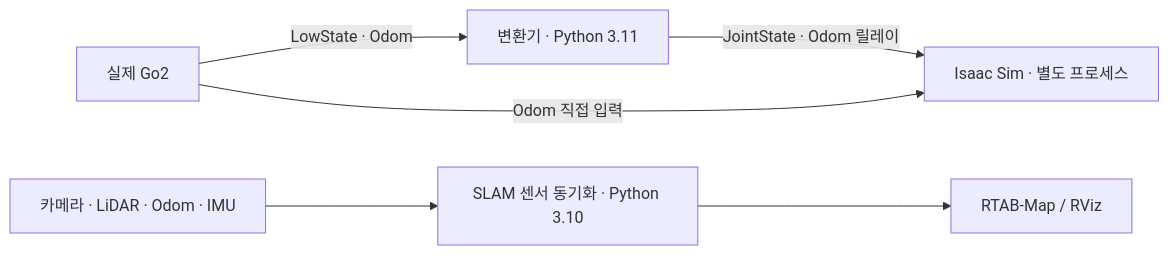
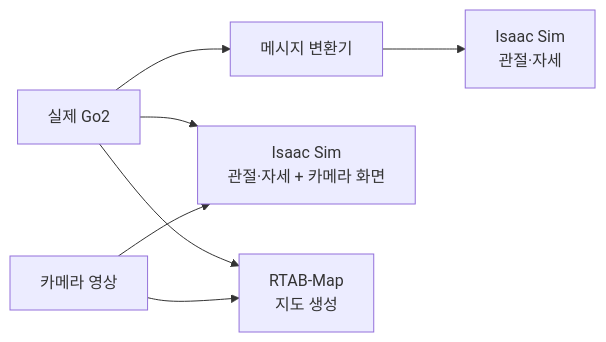
One commit to semin-Gwon/isaac_ws changed the diagram in README.md. Above: the diagram before and after it, drawn with Mermaid. The commit also changed other lines of this file and 2 other files, not shown here.

````diff
--- a/README.md
+++ b/README.md
@@ -201,15 +15,9 @@
 ```mermaid
 flowchart LR
-    robot["실제 Go2"]
-    bridge["변환기 · Python 3.11"]
-    twin["Isaac Sim · 별도 프로세스"]
-    sensors["카메라 · LiDAR · Odom · IMU"]
-    sync["SLAM 센서 동기화 · Python 3.10"]
-    slam["RTAB-Map / RViz"]
-
-    robot -->|LowState · Odom| bridge
-    bridge -->|JointState · Odom 릴레이| twin
-    robot -->|Odom 직접 입력| twin
-    sensors --> sync
-    sync --> slam
+    robot["실제 Go2"] --> bridge["메시지 변환기"]
+    bridge --> sim["Isaac Sim<br/>관절·자세"]
+    robot --> camera["Isaac Sim<br/>관절·자세 + 카메라 화면"]
+    rgb["카메라 영상"] --> camera
+    robot --> slam["RTAB-Map<br/>지도 생성"]
+    rgb --> slam
 ```
````
